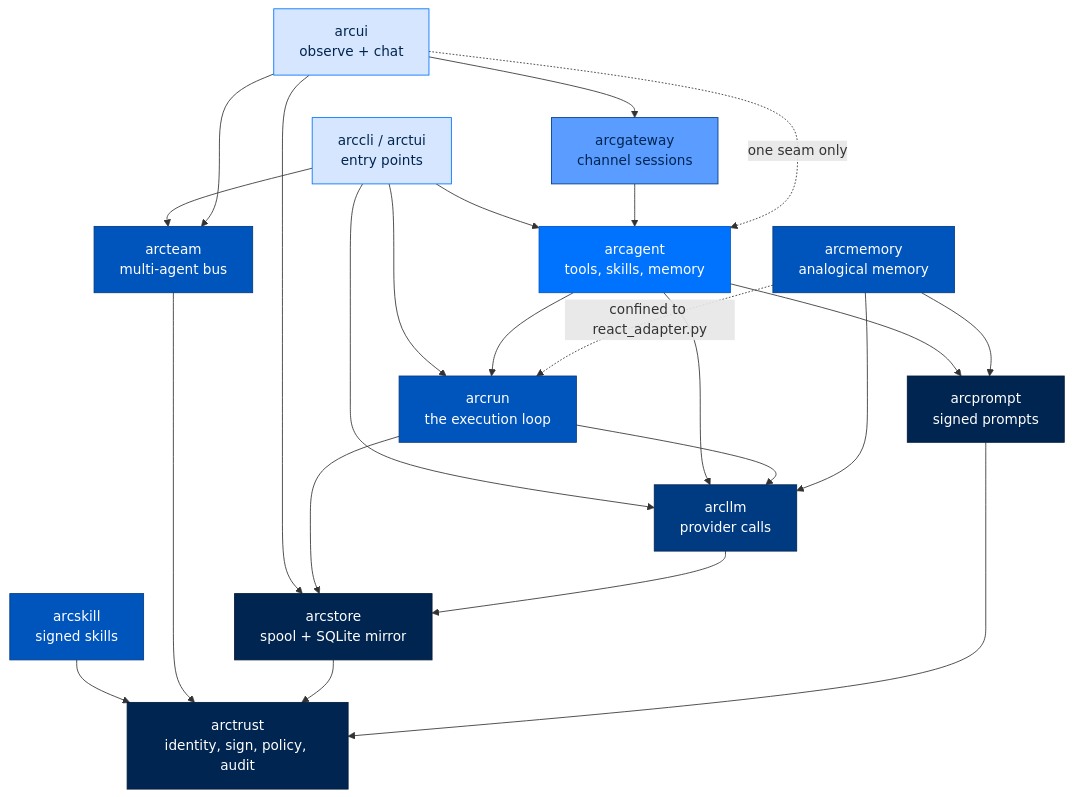
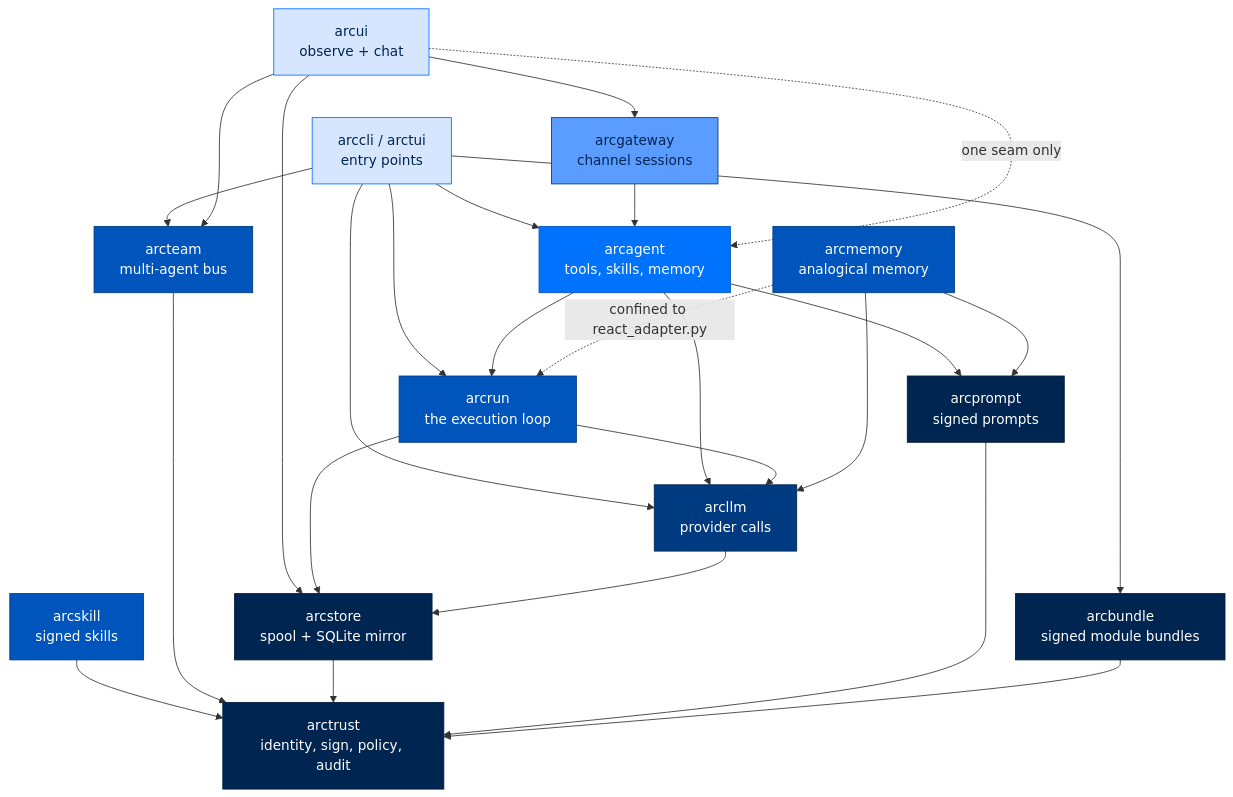
The first of 4 diagrams in docs/building/package-index.md (joshuamschultz/Arc), drawn with Mermaid before and after one commit. The commit also changed other lines of this file and 22 other files, not shown here.

````diff
--- a/docs/building/package-index.md
+++ b/docs/building/package-index.md
@@ -44,52 +45,55 @@
 ```mermaid
 flowchart TB
     classDef entry   fill:#D6E6FF,stroke:#0073FE,color:#002550
     classDef surface fill:#5A9CFF,stroke:#003B82,color:#002550
     classDef agent   fill:#0073FE,stroke:#0055BC,color:#FFFFFF
     classDef runtime fill:#0055BC,stroke:#003B82,color:#FFFFFF
     classDef llm     fill:#003B82,stroke:#002550,color:#FFFFFF
     classDef found   fill:#002550,stroke:#001A38,color:#FFFFFF
 
     CLI["arccli / arctui\nentry points"]
     GW["arcgateway\nchannel sessions"]
     UI["arcui\nobserve + chat"]
     AGENT["arcagent\ntools, skills, memory"]
     RUN["arcrun\nthe execution loop"]
     LLM["arcllm\nprovider calls"]
     PROMPT["arcprompt\nsigned prompts"]
     SKILL["arcskill\nsigned skills"]
     MEMORY["arcmemory\nanalogical memory"]
     TEAM["arcteam\nmulti-agent bus"]
     STORE["arcstore\nspool + SQLite mirror"]
     TRUST["arctrust\nidentity, sign, policy, audit"]
+    BUNDLE["arcbundle\nsigned module bundles"]
 
     CLI --> AGENT
+    CLI --> BUNDLE
     CLI --> RUN
     CLI --> LLM
     CLI --> TEAM
     GW --> AGENT
     UI --> STORE
     UI --> GW
     UI --> TEAM
     UI -.->|"one seam only"| AGENT
     AGENT --> RUN
     AGENT --> LLM
     AGENT --> PROMPT
     RUN --> LLM
     RUN --> STORE
     MEMORY --> LLM
     MEMORY --> PROMPT
     MEMORY -.->|"confined to react_adapter.py"| RUN
     SKILL --> TRUST
     TEAM --> TRUST
     STORE --> TRUST
     LLM --> STORE
     PROMPT --> TRUST
+    BUNDLE --> TRUST
 
     class CLI,UI entry
     class GW surface
     class AGENT agent
     class RUN,MEMORY,SKILL,TEAM runtime
     class LLM llm
-    class STORE,TRUST,PROMPT found
+    class STORE,TRUST,PROMPT,BUNDLE found
 ```
````
